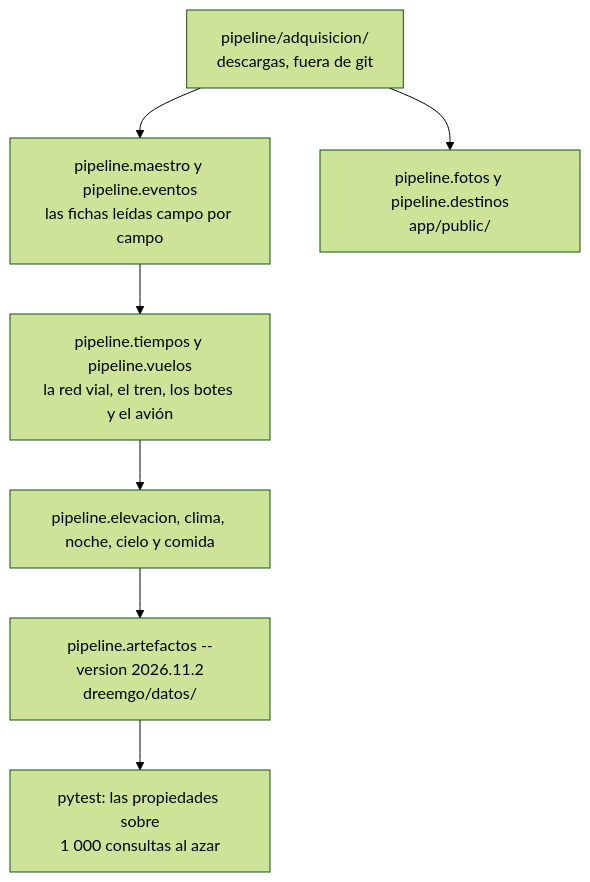
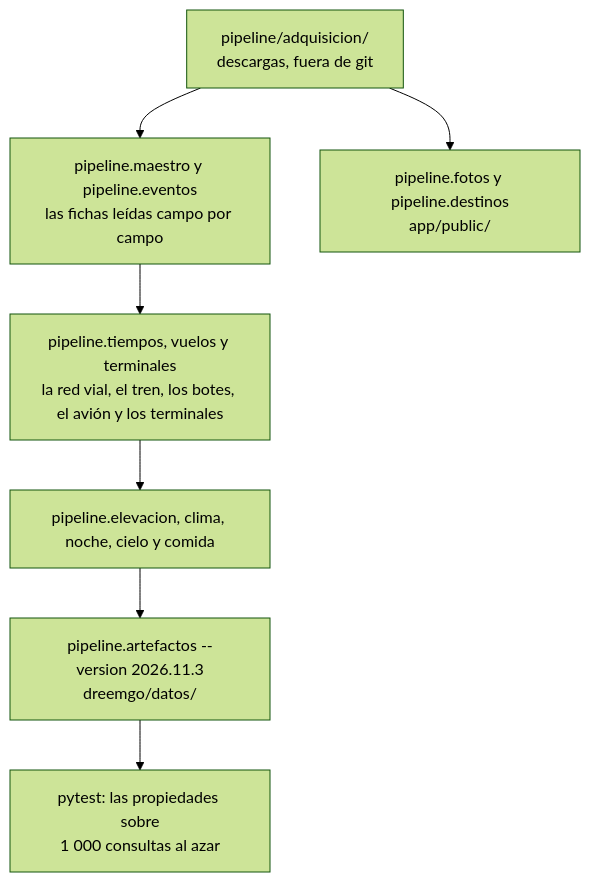
The third of 4 diagrams in docs/ARQUITECTURA.md (oswaldoaqm/Alejandros-Team), drawn with Mermaid (forest theme) before and after one commit. The commit also changed other lines of this file and 17 other files, not shown here.

Commit message:
feat(datos): la 2026.11.3, con vuelos al mes, terminales y el circuito de noche

````diff
--- a/docs/ARQUITECTURA.md
+++ b/docs/ARQUITECTURA.md
@@ -98,9 +98,9 @@
 ```mermaid
 flowchart TD
     a["pipeline/adquisicion/<br/>descargas, fuera de git"] --> b["pipeline.maestro y pipeline.eventos<br/>las fichas leídas campo por campo"]
-    b --> c["pipeline.tiempos y pipeline.vuelos<br/>la red vial, el tren, los botes y el avión"]
+    b --> c["pipeline.tiempos, vuelos y terminales<br/>la red vial, el tren, los botes, el avión y los terminales"]
     c --> d["pipeline.elevacion, clima, noche, cielo y comida"]
-    d --> e["pipeline.artefactos --version 2026.11.2<br/>dreemgo/datos/"]
+    d --> e["pipeline.artefactos --version 2026.11.3<br/>dreemgo/datos/"]
     e --> f["pytest: las propiedades sobre<br/>1 000 consultas al azar"]
     a --> g["pipeline.fotos y pipeline.destinos<br/>app/public/"]
 ```
````
